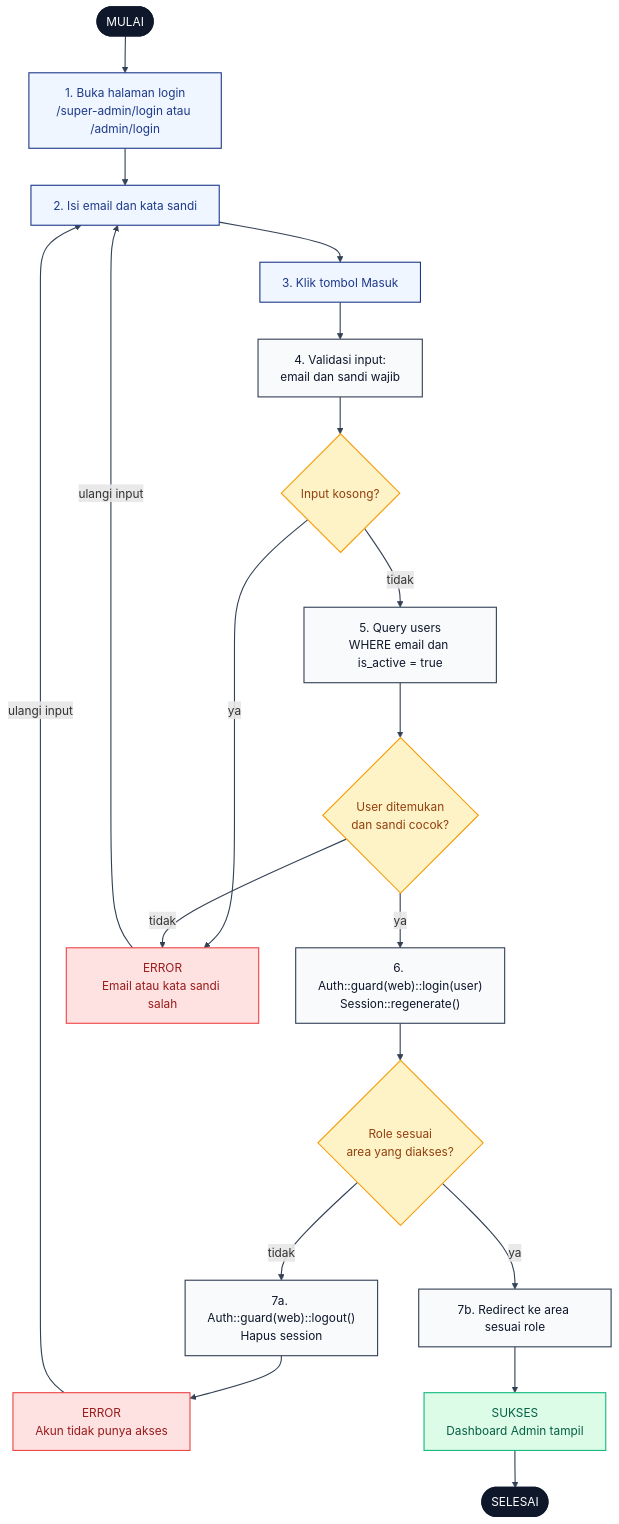
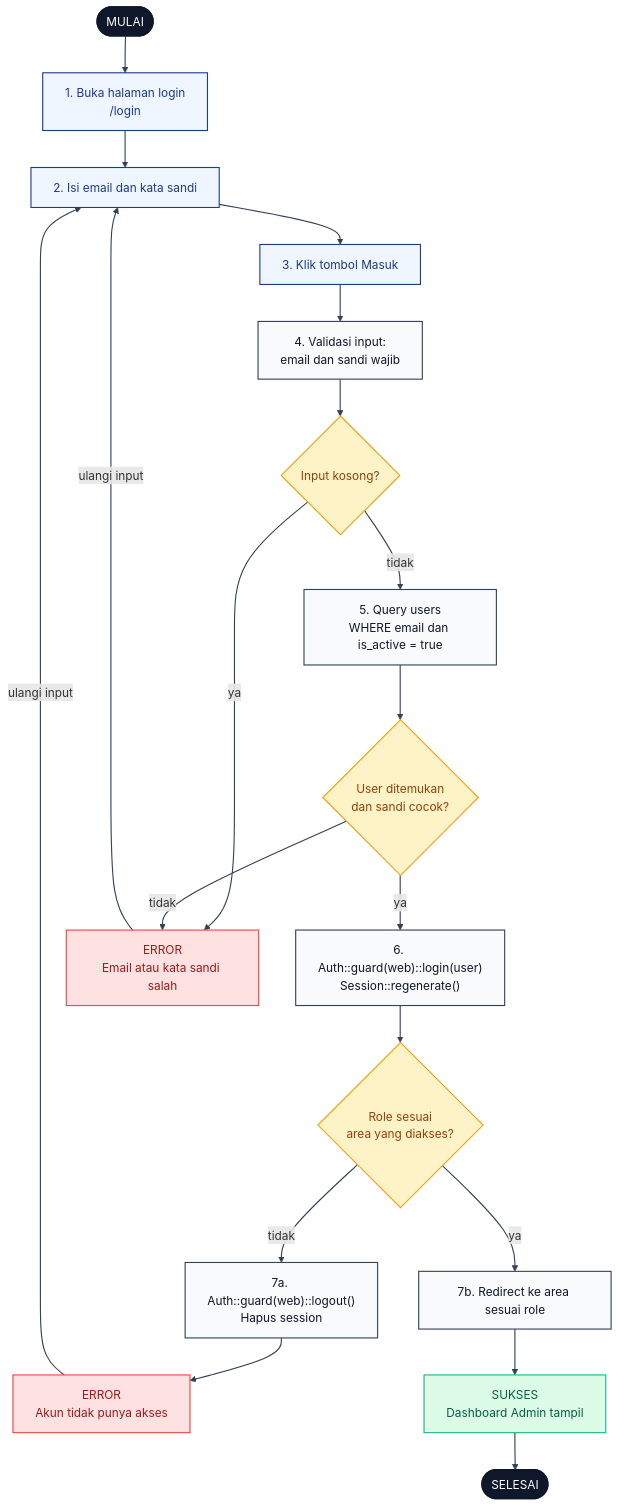
The diagram in docs/activity-diagrams/01-login-admin.md (radacore/absensi-pu), drawn with Mermaid before and after one commit. The commit also changed other lines of this file and 3 other files, not shown here.

First line of the commit message:
docs: perbarui panduan dan diagram untuk satu halaman login

````diff
--- a/docs/activity-diagrams/01-login-admin.md
+++ b/docs/activity-diagrams/01-login-admin.md
@@ -11,59 +11,59 @@
 ```mermaid
 flowchart TD
     START([MULAI]):::se
 
-    A1["1. Buka halaman login<br/>/super-admin/login atau /admin/login"]:::user
+    A1["1. Buka halaman login<br/>/login"]:::user
     A2["2. Isi email dan kata sandi"]:::user
     A3["3. Klik tombol Masuk"]:::user
 
     S1["4. Validasi input:<br/>email dan sandi wajib"]:::sys
     D1{"Input kosong?"}:::dec
 
     S2["5. Query users<br/>WHERE email dan is_active = true"]:::sys
     D2{"User ditemukan<br/>dan sandi cocok?"}:::dec
 
     S3["6. Auth::guard(web)::login(user)<br/>Session::regenerate()"]:::sys
     D3{"Role sesuai<br/>area yang diakses?"}:::dec
 
     S4["7a. Auth::guard(web)::logout()<br/>Hapus session"]:::sys
     S5["7b. Redirect ke area sesuai role"]:::sys
 
     E1["ERROR<br/>Email atau kata sandi salah"]:::err
     E2["ERROR<br/>Akun tidak punya akses"]:::err
 
     OK["SUKSES<br/>Dashboard Admin tampil"]:::ok
     END([SELESAI]):::se
 
     START --> A1
     A1 --> A2
     A2 --> A3
     A3 --> S1
     S1 --> D1
 
     D1 -->|ya| E1
     D1 -->|tidak| S2
 
     S2 --> D2
     D2 -->|tidak| E1
     D2 -->|ya| S3
 
     S3 --> D3
     D3 -->|tidak| S4
     S4 --> E2
     D3 -->|ya| S5
 
     S5 --> OK
     OK --> END
 
     E1 -->|ulangi input| A2
     E2 -->|ulangi input| A2
 
     classDef se fill:#0F172A,stroke:#0F172A,color:#fff,stroke-width:2px
     classDef user fill:#EFF6FF,stroke:#1E3A8A,color:#1E3A8A,stroke-width:1.5px
     classDef sys fill:#F8FAFC,stroke:#334155,color:#0F172A,stroke-width:1.5px
     classDef dec fill:#FEF3C7,stroke:#F59E0B,color:#92400E,stroke-width:1.5px
     classDef err fill:#FEE2E2,stroke:#EF4444,color:#991B1B,stroke-width:1.5px
     classDef ok fill:#DCFCE7,stroke:#10B981,color:#065F46,stroke-width:1.5px
 
     linkStyle default stroke:#334155,stroke-width:1.5px
 ```
````
